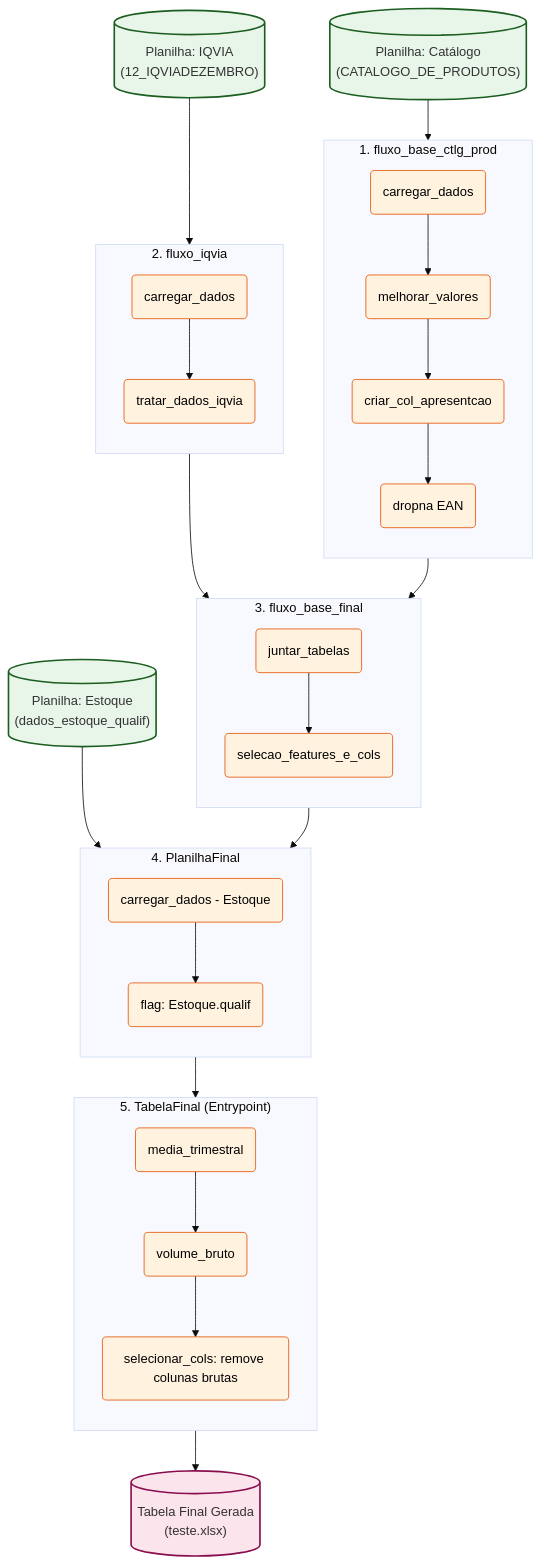
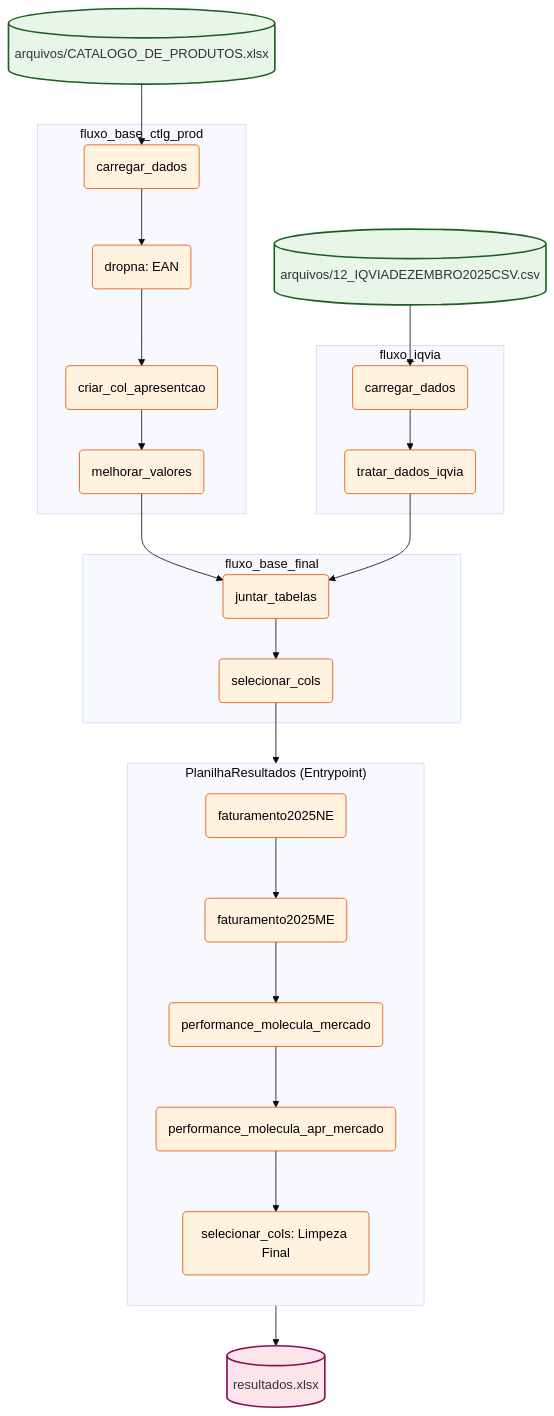
The diagram in fluxograma_pipeline.md (mateus-mesquita/estoque), drawn with Mermaid (base theme) before and after one commit. The commit also changed other lines of this file and 1 other file, not shown here.

Commit message:
atualiazação

````diff
--- a/fluxograma_pipeline.md
+++ b/fluxograma_pipeline.md
@@ -5,71 +5,59 @@
 ```mermaid
 graph TD
-    %% Definição de Estilos
+    %% Estilos
     classDef flow fill:#e1f5fe,stroke:#01579b,stroke-width:2px;
     classDef task fill:#fff3e0,stroke:#e65100,stroke-width:1px,color:#000;
     classDef source fill:#e8f5e9,stroke:#1b5e20,stroke-width:2px;
     classDef output fill:#fce4ec,stroke:#880e4f,stroke-width:2px;
 
-    %% Fontes de Dados (Inputs)
-    Cat[("Planilha: Catálogo<br>(CATALOGO_DE_PRODUTOS)")]:::source
-    IQV[("Planilha: IQVIA<br>(12_IQVIADEZEMBRO)")]:::source
-    Est[("Planilha: Estoque<br>(dados_estoque_qualif)")]:::source
+    %% Fontes de Dados
+    Cat[("arquivos/CATALOGO_DE_PRODUTOS.xlsx")]:::source
+    IQV[("arquivos/12_IQVIADEZEMBRO2025CSV.csv")]:::source
 
-    %% Camada Inferior (Camada de Ingestão e Tratamento Primário)
-    subgraph FLUXO_CATALOGO ["1. fluxo_base_ctlg_prod"]
-        direction TB
+    %% Fluxo de Catálogo
+    subgraph FLUXO_CATALOGO ["fluxo_base_ctlg_prod"]
         C1(carregar_dados):::task
-        C2(melhorar_valores):::task
+        C2(dropna: EAN):::task
         C3(criar_col_apresentcao):::task
-        C4("dropna EAN"):::task
+        C4(melhorar_valores):::task
         C1 --> C2 --> C3 --> C4
     end
 
-    subgraph FLUXO_IQVIA ["2. fluxo_iqvia"]
-        direction TB
+    %% Fluxo IQVIA
+    subgraph FLUXO_IQVIA ["fluxo_iqvia"]
         I1(carregar_dados):::task
         I2(tratar_dados_iqvia):::task
         I1 --> I2
     end
 
     Cat --> C1
     IQV --> I1
 
-    %% Camada Intermediária (Cruzamento e Refino de Features)
-    subgraph FLUXO_BASE ["3. fluxo_base_final"]
-        direction TB
+    %% Fluxo Base
+    subgraph FLUXO_BASE ["fluxo_base_final"]
         B1(juntar_tabelas):::task
-        B2(selecao_features_e_cols):::task
+        B2(selecionar_cols):::task
+        B1 --> B2
     end
 
     C4 --> B1
     I2 --> B1
-    B1 --> B2
 
-    %% Camada Intermediária Alta (Integração com Estoque Real)
-    subgraph PLANILHA_FINAL ["4. PlanilhaFinal"]
+    %% Fluxo Principal (Métricas)
+    subgraph FLUXO_MAIN ["PlanilhaResultados (Entrypoint)"]
         direction TB
-        P1(carregar_dados - Estoque):::task
-        P2(flag: Estoque.qualif):::task
+        M1(faturamento2025NE):::task
+        M2(faturamento2025ME):::task
+        M3(performance_molecula_mercado):::task
+        M4(performance_molecula_apr_mercado):::task
+        M5(selecionar_cols: Limpeza Final):::task
+        
+        M1 --> M2 --> M3 --> M4 --> M5
     end
 
-    Est --> P1
-    B2 --> P2
-    P1 --> P2
+    B2 --> M1
 
-    %% Camada de Saída (Cálculos de Negócio e Exportação)
-    subgraph METRICAS ["5. TabelaFinal (Entrypoint)"]
-        direction TB
-        M1(media_trimestral):::task
-        M2(volume_bruto):::task
-        M3(selecionar_cols: remove colunas brutas):::task
-    end
-
-    P2 --> M1
-    M1 --> M2
-    M2 --> M3
-
-    %% Output Final
-    OUT[("Tabela Final Gerada<br>(teste.xlsx)")]:::output
-    M3 --> OUT
+    %% Saída
+    OUT[("resultados.xlsx")]:::output
+    M5 --> OUT
 ```
````
